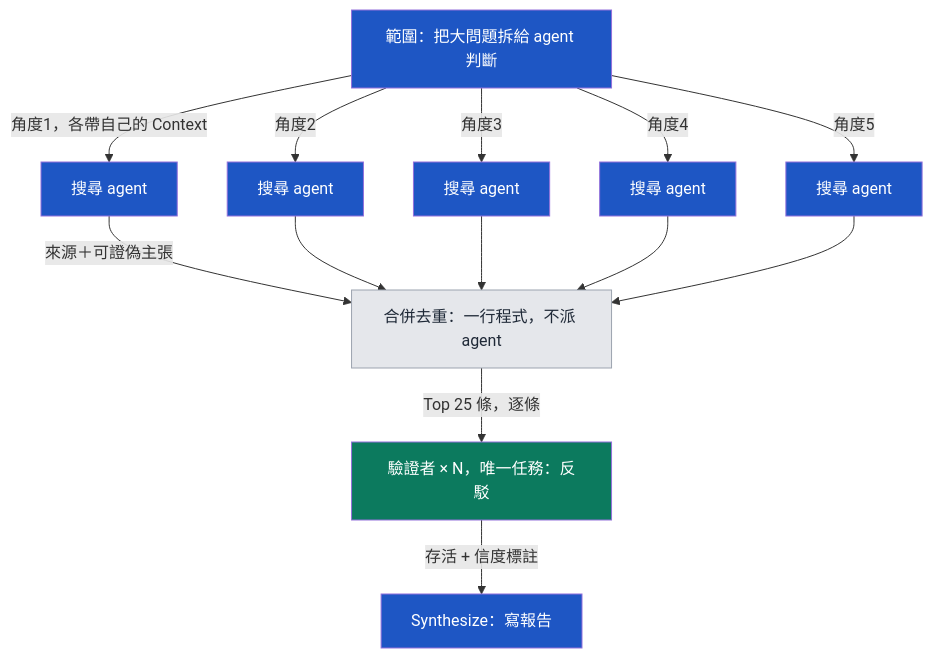
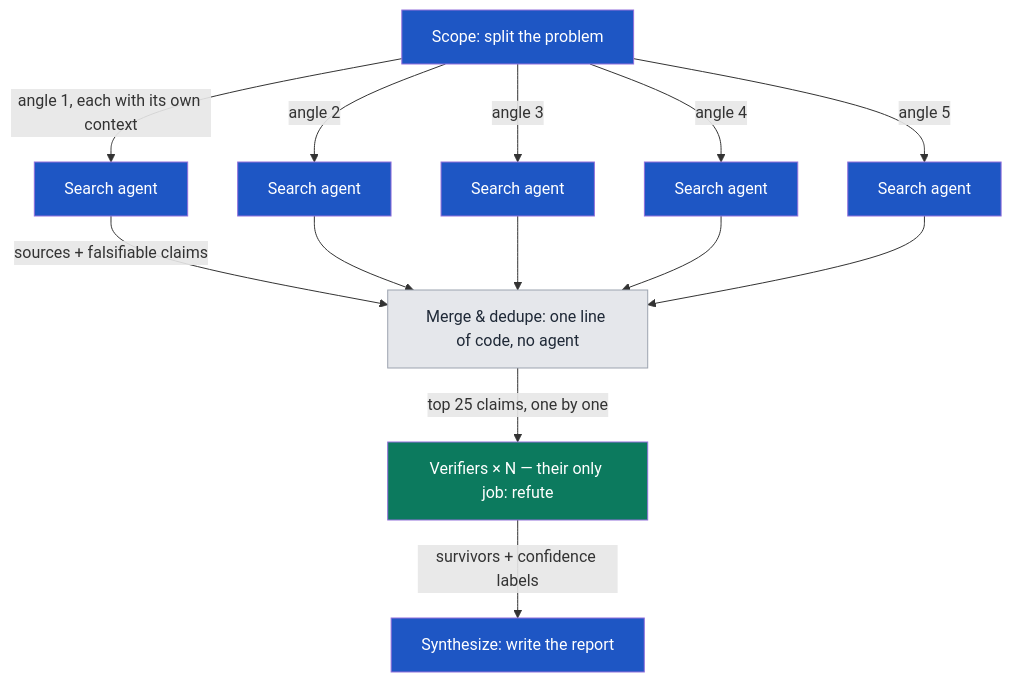
The second of 3 diagrams in README.md (InjayTseng/graph-engineering-on-research), drawn with Mermaid before and after one commit. The commit also changed other lines of this file and 7 other files, not shown here.

````diff
--- a/README.md
+++ b/README.md
@@ -39,27 +39,27 @@
 ```mermaid
 graph TD
-    Q[範圍：把大問題拆給 agent 判斷] -->|角度1，各帶自己的 Context| A1[搜尋 agent]
-    Q -->|角度2| A2[搜尋 agent]
-    Q -->|角度3| A3[搜尋 agent]
-    Q -->|角度4| A4[搜尋 agent]
-    Q -->|角度5| A5[搜尋 agent]
+    Q[Scope: split the problem] -->|angle 1, each with its own context| A1[Search agent]
+    Q -->|angle 2| A2[Search agent]
+    Q -->|angle 3| A3[Search agent]
+    Q -->|angle 4| A4[Search agent]
+    Q -->|angle 5| A5[Search agent]
 
-    A1 -->|來源＋可證偽主張| M[合併去重：一行程式，不派 agent]
+    A1 -->|sources + falsifiable claims| M[Merge & dedupe: one line of code, no agent]
     A2 --> M
     A3 --> M
     A4 --> M
     A5 --> M
 
-    M -->|Top 25 條，逐條| V[驗證者 × N，唯一任務：反駁]
-    V -->|存活 + 信度標註| S[Synthesize：寫報告]
+    M -->|top 25 claims, one by one| V[Verifiers × N — their only job: refute]
+    V -->|survivors + confidence labels| S[Synthesize: write the report]
 
     style Q fill:#1e56c4,color:#fff
     style A1 fill:#1e56c4,color:#fff
     style A2 fill:#1e56c4,color:#fff
     style A3 fill:#1e56c4,color:#fff
     style A4 fill:#1e56c4,color:#fff
     style A5 fill:#1e56c4,color:#fff
     style V fill:#0c7a5e,color:#fff
     style S fill:#1e56c4,color:#fff
     style M fill:#e5e7eb,stroke:#9ca3af,color:#1f2937
 ```
````
